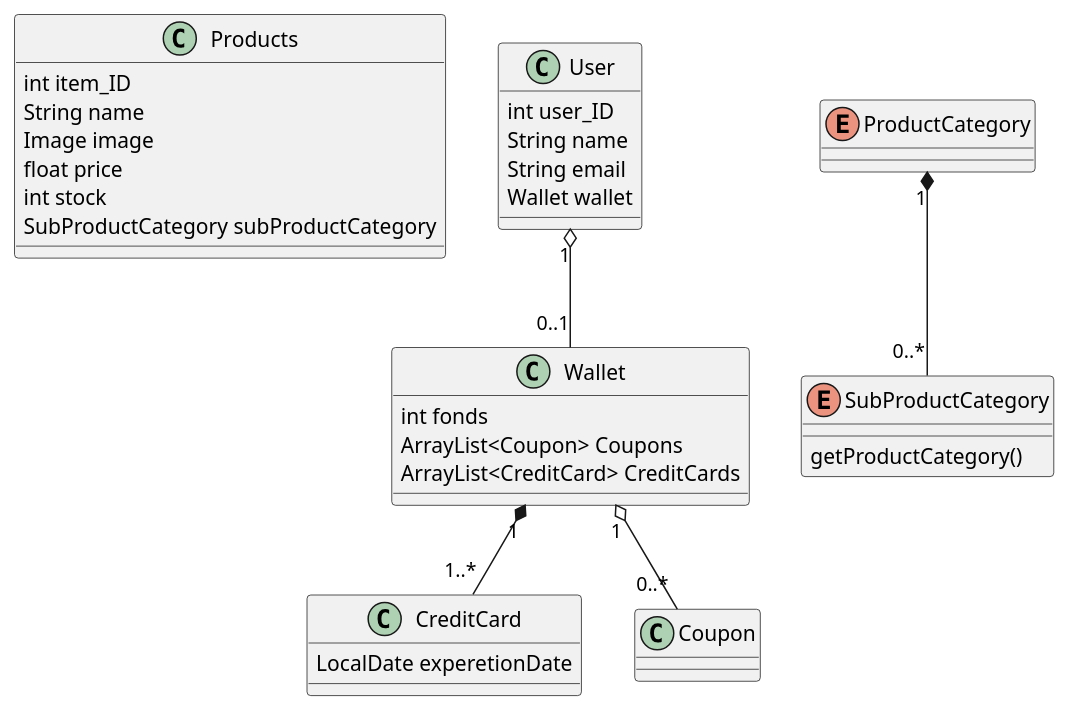
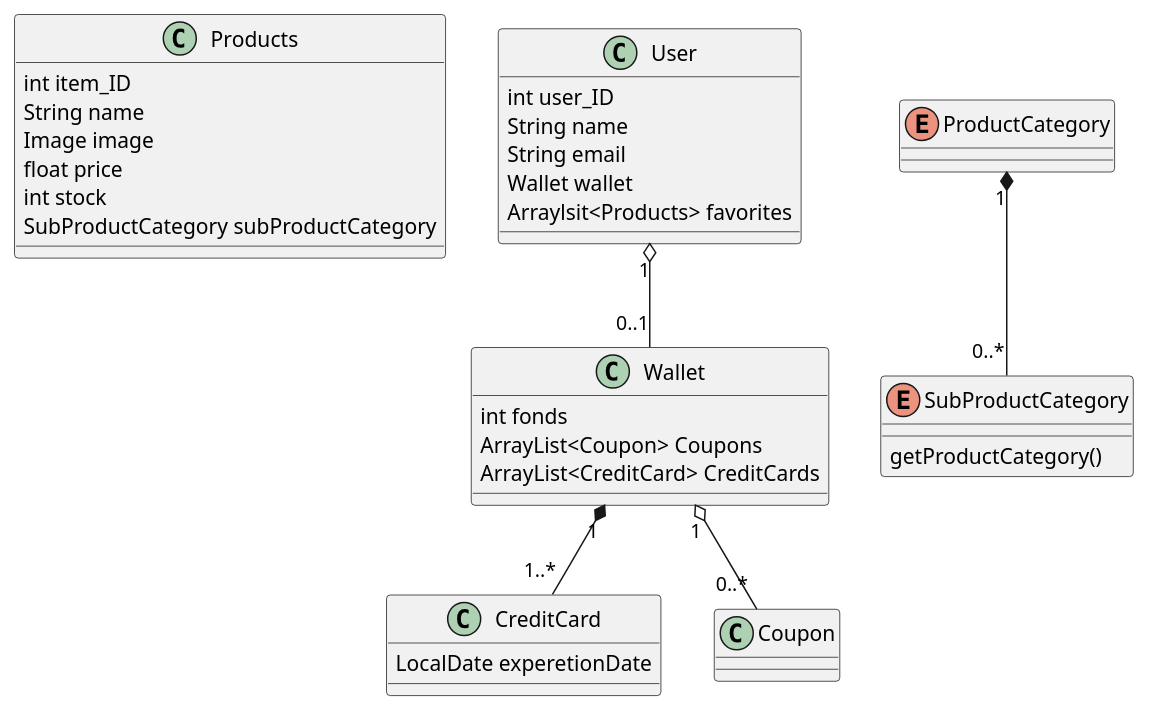
One commit to AJungersen/DDU-Eksamensprojekt changed the diagram in Class diagram.wsd. Above: the diagram before and after it, drawn with PlantUML. The commit also changed 11 other files, not shown here.

```diff
--- a/Class diagram.wsd
+++ b/Class diagram.wsd
@@ -1,46 +1,48 @@
 @startuml
 class Products {
     int item_ID
     String name
     Image image
     float price
     int stock
     SubProductCategory subProductCategory
 }
 
 class User {
     int user_ID
     String name
     String email
     Wallet wallet
+    Arraylsit<Products> favorites
 }
+
 
 Class Wallet {
     int fonds
     ArrayList<Coupon> Coupons
     ArrayList<CreditCard> CreditCards
 }
 
 class CreditCard {
     LocalDate experetionDate
 }
 
 class Coupon {
     
 }
 
 enum ProductCategory {
 
 }
 
 enum SubProductCategory {
 
     getProductCategory()
 }
 
 Wallet "1" o-- "0..*" Coupon
 Wallet "1" *-- "1..*" CreditCard
 User "1" o-- "0..1" Wallet
 ProductCategory "1" *-- "0..*" SubProductCategory
 
 @enduml
```
